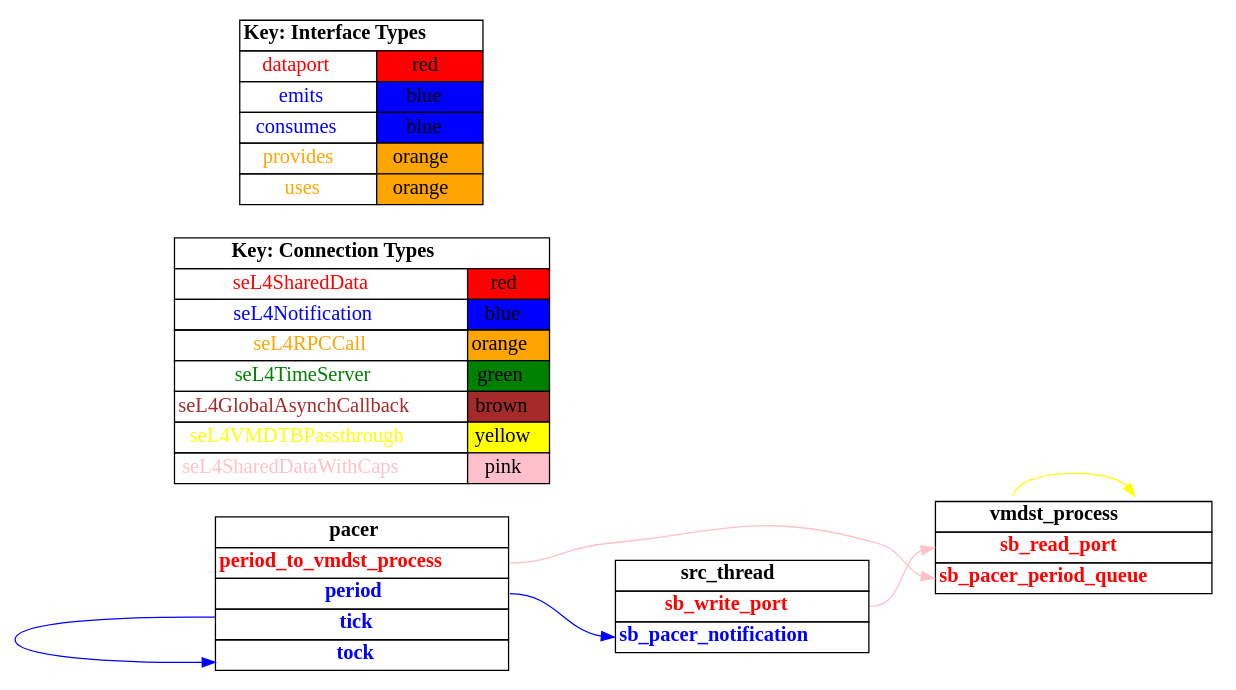
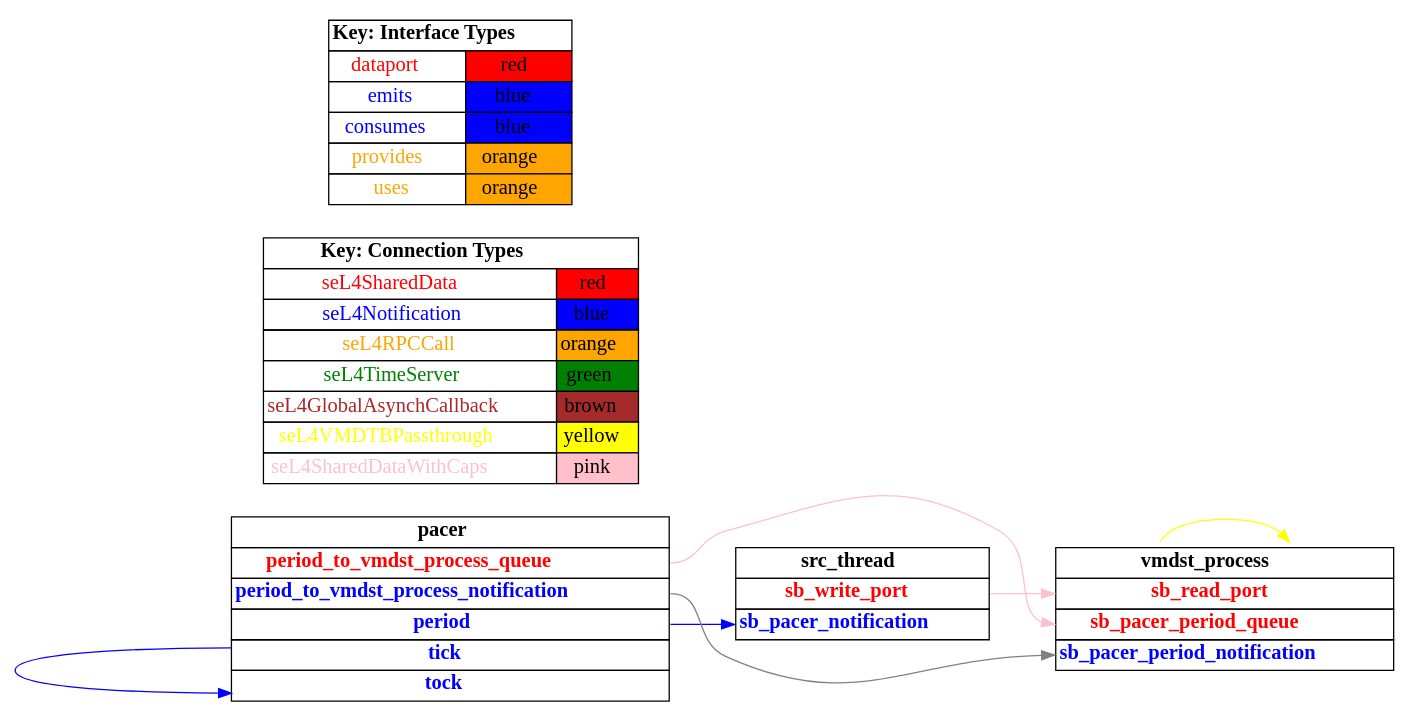
Before and after one commit to loonwerks/CASE: the diagram in TA5/tool-evaluation-4/HAMR/examples/test_data_port_periodic_domains_VM/receiver_vm/CAmkES_seL4_Only/graph_simple.dot, drawn with Graphviz. The commit also changed 84 other files, not shown here.

Commit message:
glue code for VM data port micro-examples

```diff
--- a/TA5/tool-evaluation-4/HAMR/examples/test_data_port_periodic_domains_VM/receiver_vm/CAmkES_seL4_Only/graph_simple.dot
+++ b/TA5/tool-evaluation-4/HAMR/examples/test_data_port_periodic_domains_VM/receiver_vm/CAmkES_seL4_Only/graph_simple.dot
@@ -1,108 +1,116 @@
 digraph g {
 graph [
   overlap = false,
   rankdir = "LR"
 ];
 node [
   fontsize = "16",
   shape = "ellipse"
 ];
 edge [
 ];
 
 src_thread [
   label=<
     <TABLE BORDER="0" CELLBORDER="1" CELLSPACING="0">
       <TR><TD><B>src_thread</B></TD></TR>
       <TR><TD PORT="sb_write_port"><FONT COLOR="red"><B>sb_write_port</B></FONT></TD></TR>
       <TR><TD PORT="sb_pacer_notification"><FONT COLOR="blue"><B>sb_pacer_notification</B></FONT></TD></TR>"
     </TABLE>
   >
   shape=plaintext
 ];
 
 vmdst_process [
   label=<
     <TABLE BORDER="0" CELLBORDER="1" CELLSPACING="0">
       <TR><TD><B>vmdst_process</B></TD></TR>
       <TR><TD PORT="sb_read_port"><FONT COLOR="red"><B>sb_read_port</B></FONT></TD></TR>
-      <TR><TD PORT="sb_pacer_period_queue"><FONT COLOR="red"><B>sb_pacer_period_queue</B></FONT></TD></TR>"
+      <TR><TD PORT="sb_pacer_period_queue"><FONT COLOR="red"><B>sb_pacer_period_queue</B></FONT></TD></TR>
+      <TR><TD PORT="sb_pacer_period_notification"><FONT COLOR="blue"><B>sb_pacer_period_notification</B></FONT></TD></TR>"
     </TABLE>
   >
   shape=plaintext
 ];
 
 pacer [
   label=<
     <TABLE BORDER="0" CELLBORDER="1" CELLSPACING="0">
       <TR><TD><B>pacer</B></TD></TR>
-      <TR><TD PORT="period_to_vmdst_process"><FONT COLOR="red"><B>period_to_vmdst_process</B></FONT></TD></TR>
+      <TR><TD PORT="period_to_vmdst_process_queue"><FONT COLOR="red"><B>period_to_vmdst_process_queue</B></FONT></TD></TR>
+      <TR><TD PORT="period_to_vmdst_process_notification"><FONT COLOR="blue"><B>period_to_vmdst_process_notification</B></FONT></TD></TR>
       <TR><TD PORT="period"><FONT COLOR="blue"><B>period</B></FONT></TD></TR>
       <TR><TD PORT="tick"><FONT COLOR="blue"><B>tick</B></FONT></TD></TR>
       <TR><TD PORT="tock"><FONT COLOR="blue"><B>tock</B></FONT></TD></TR>"
     </TABLE>
   >
   shape=plaintext
 ];
 
 connectiontypekey [
   label=<
    <TABLE BORDER="0" CELLBORDER="1" CELLSPACING="0">
      <TR><TD COLSPAN="2"><B>Key: Connection Types</B></TD></TR>
      <TR><TD><FONT COLOR="red">seL4SharedData</FONT></TD><TD BGCOLOR="red">red</TD></TR>
      <TR><TD><FONT COLOR="blue">seL4Notification</FONT></TD><TD BGCOLOR="blue">blue</TD></TR>
      <TR><TD><FONT COLOR="orange">seL4RPCCall</FONT></TD><TD BGCOLOR="orange">orange</TD></TR>
      <TR><TD><FONT COLOR="green">seL4TimeServer</FONT></TD><TD BGCOLOR="green">green</TD></TR>
      <TR><TD><FONT COLOR="brown">seL4GlobalAsynchCallback</FONT></TD><TD BGCOLOR="brown">brown</TD></TR>
      <TR><TD><FONT COLOR="yellow">seL4VMDTBPassthrough</FONT></TD><TD BGCOLOR="yellow">yellow</TD></TR>
      <TR><TD><FONT COLOR="pink">seL4SharedDataWithCaps</FONT></TD><TD BGCOLOR="pink">pink</TD></TR>
    </TABLE>
   >
   shape=plaintext
 ];
 
 interfacetypekey [
   label=<
    <TABLE BORDER="0" CELLBORDER="1" CELLSPACING="0">
      <TR><TD COLSPAN="2"><B>Key: Interface Types</B></TD></TR>
      <TR><TD><FONT COLOR="red">dataport</FONT></TD><TD BGCOLOR="red">red</TD></TR>
      <TR><TD><FONT COLOR="blue">emits</FONT></TD><TD BGCOLOR="blue">blue</TD></TR>
      <TR><TD><FONT COLOR="blue">consumes</FONT></TD><TD BGCOLOR="blue">blue</TD></TR>
      <TR><TD><FONT COLOR="orange">provides</FONT></TD><TD BGCOLOR="orange">orange</TD></TR>
      <TR><TD><FONT COLOR="orange">uses</FONT></TD><TD BGCOLOR="orange">orange</TD></TR>
    </TABLE>
   >
   shape=plaintext
 ];
 
 "vmdst_process":dtb_self -> "vmdst_process":dtb [
   color="yellow"
   //label = "seL4VMDTBPassthrough"
   id = conn1
 ];
 
 "src_thread":sb_write_port -> "vmdst_process":sb_read_port [
   color="pink"
   //label = "seL4SharedDataWithCaps"
   id = conn2
 ];
 
 "pacer":tick -> "pacer":tock [
   color="blue"
   //label = "seL4Notification"
   id = conn3
 ];
 
 "pacer":period -> "src_thread":sb_pacer_notification [
   color="blue"
   //label = "seL4Notification"
   id = conn4
 ];
 
-"pacer":period_to_vmdst_process -> "vmdst_process":sb_pacer_period_queue [
-  color="pink"
-  //label = "seL4SharedDataWithCaps"
+"pacer":period_to_vmdst_process_notification -> "vmdst_process":sb_pacer_period_notification [
+  color="grey"
+  //label = "seL4GlobalAsynch"
   id = conn5
 ];
 
+"pacer":period_to_vmdst_process_queue -> "vmdst_process":sb_pacer_period_queue [
+  color="pink"
+  //label = "seL4SharedDataWithCaps"
+  id = conn6
+];
+
 }
```
